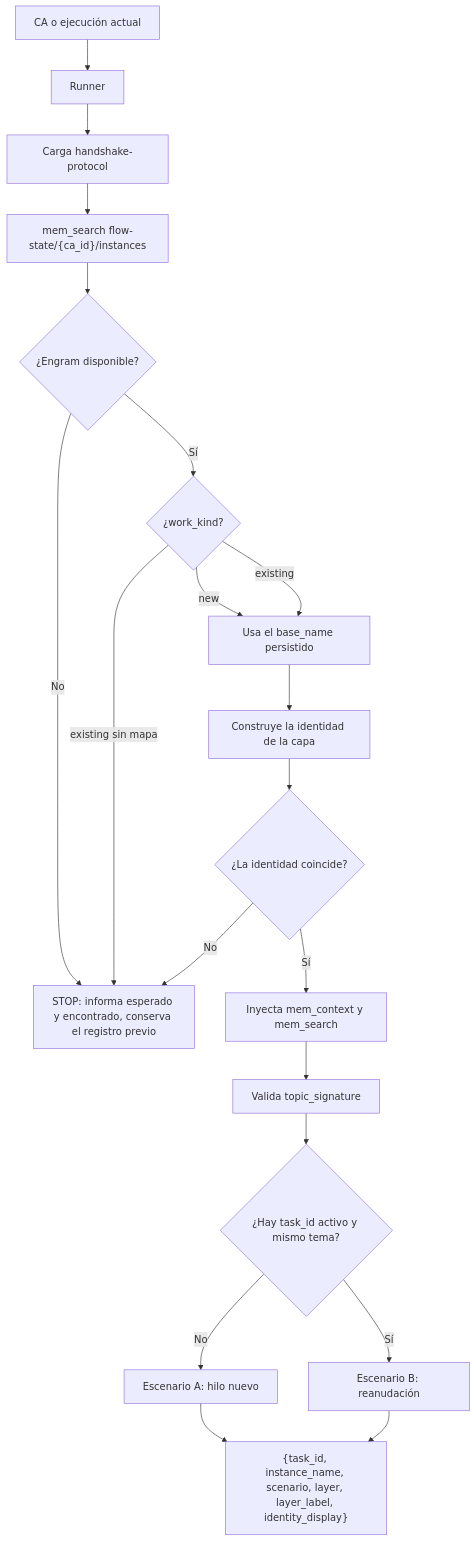
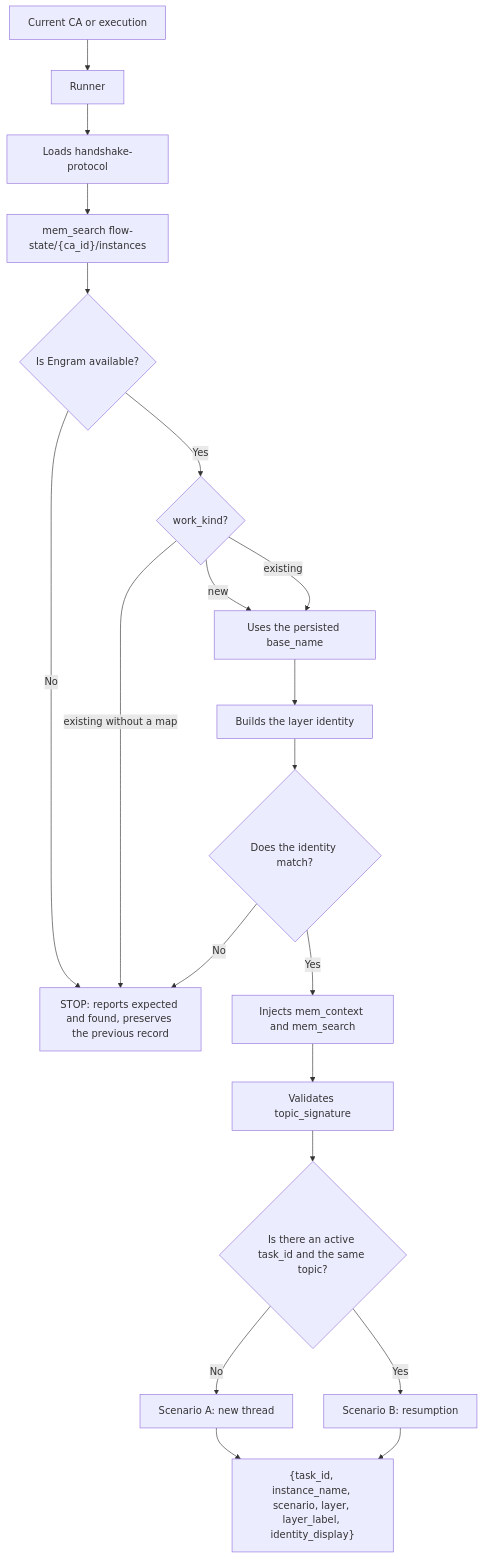
Before and after one commit to Saez520/flowtask: the diagram in docs/architecture/handshake.md, drawn with Mermaid. The commit also changed other lines of this file and 57 other files, not shown here.

````diff
--- a/docs/architecture/handshake.md
+++ b/docs/architecture/handshake.md
@@ -42,22 +42,22 @@
 ```mermaid
 flowchart TD
-    INPUT["CA o ejecución actual"] --> RUNNER["Runner"]
-    RUNNER --> LOAD["Carga handshake-protocol"]
+    INPUT["Current CA or execution"] --> RUNNER["Runner"]
+    RUNNER --> LOAD["Loads handshake-protocol"]
     LOAD --> SEARCH["mem_search flow-state/{ca_id}/instances"]
-    SEARCH --> ENGRAM{"¿Engram disponible?"}
-    ENGRAM -->|"No"| STOP["STOP: informa esperado y encontrado, conserva el registro previo"]
-    ENGRAM -->|"Sí"| KIND{"¿work_kind?"}
-    KIND -->|"existing sin mapa"| STOP
-    KIND -->|"new"| NAME["Asigna nombre libre de la lista"]
-    KIND -->|"existing"| NAME["Usa el base_name persistido"]
-    NAME --> INSTANCE["Construye la identidad de la capa"]
-    INSTANCE --> VALID{"¿La identidad coincide?"}
+    SEARCH --> ENGRAM{"Is Engram available?"}
+    ENGRAM -->|"No"| STOP["STOP: reports expected and found, preserves the previous record"]
+    ENGRAM -->|"Yes"| KIND{"work_kind?"}
+    KIND -->|"existing without a map"| STOP
+    KIND -->|"new"| NAME["Assigns a free name from the list"]
+    KIND -->|"existing"| NAME["Uses the persisted base_name"]
+    NAME --> INSTANCE["Builds the layer identity"]
+    INSTANCE --> VALID{"Does the identity match?"}
     VALID -->|"No"| STOP
-    VALID -->|"Sí"| CONTEXT["Inyecta mem_context y mem_search"]
-    CONTEXT --> TOPIC["Valida topic_signature"]
-    TOPIC --> SCENARIO{"¿Hay task_id activo y mismo tema?"}
-    SCENARIO -->|"No"| A["Escenario A: hilo nuevo"]
-    SCENARIO -->|"Sí"| B["Escenario B: reanudación"]
+    VALID -->|"Yes"| CONTEXT["Injects mem_context and mem_search"]
+    CONTEXT --> TOPIC["Validates topic_signature"]
+    TOPIC --> SCENARIO{"Is there an active task_id and the same topic?"}
+    SCENARIO -->|"No"| A["Scenario A: new thread"]
+    SCENARIO -->|"Yes"| B["Scenario B: resumption"]
     A --> OUT["{task_id, instance_name, scenario, layer, layer_label, identity_display}"]
     B --> OUT
 ```
````
